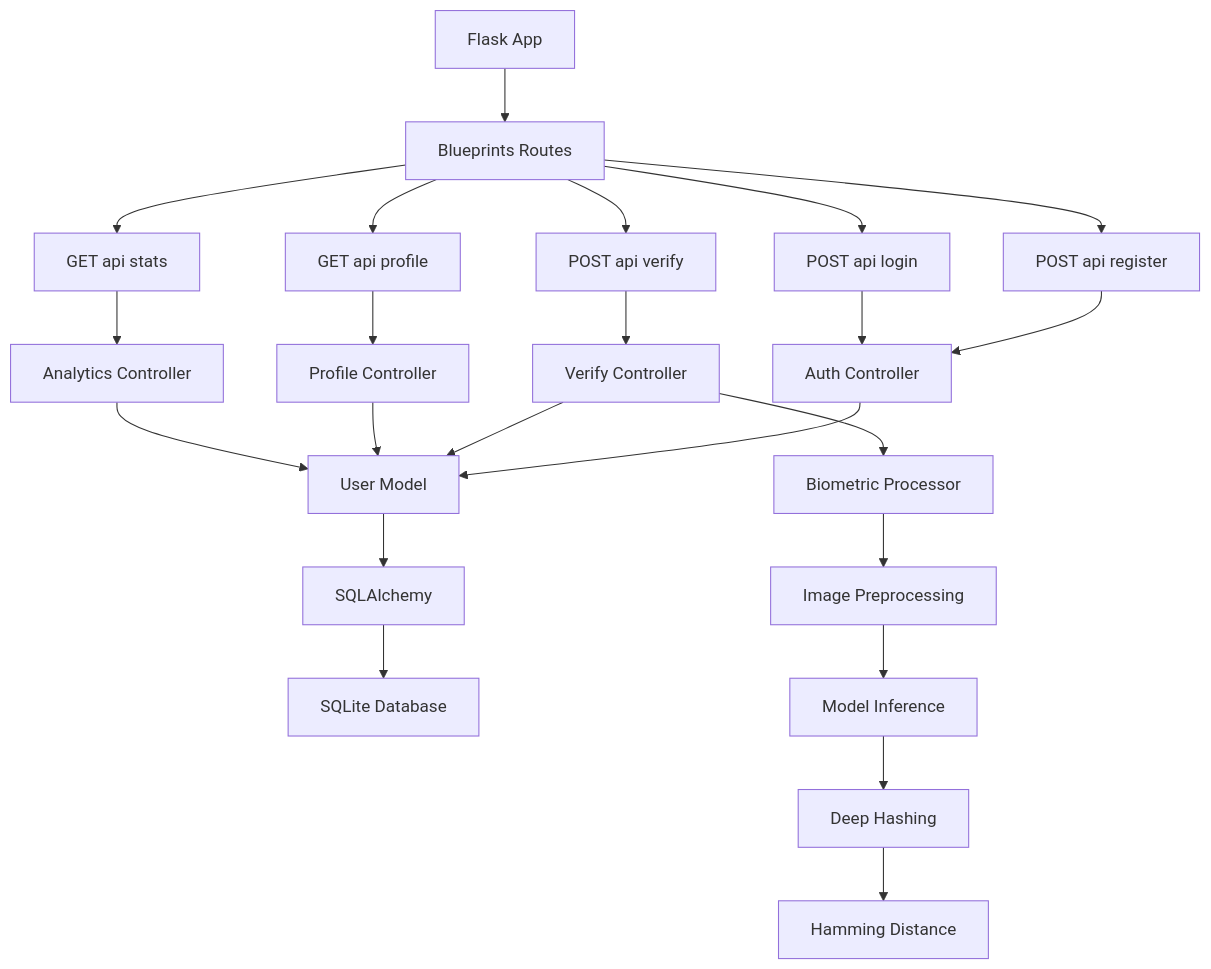
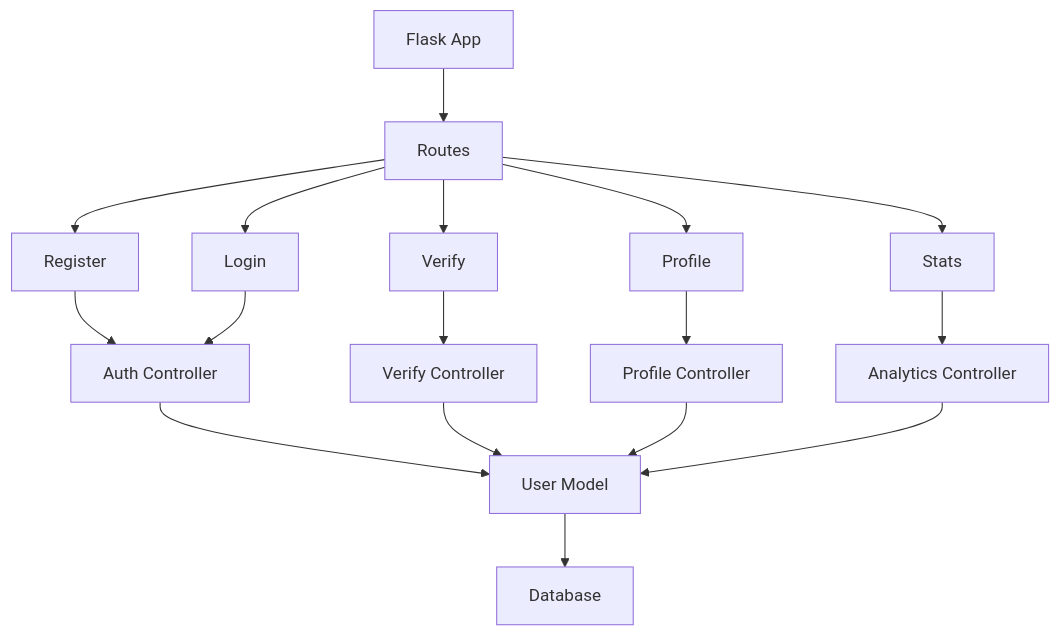
One commit to BTech20/biometric-auth-system changed the third of 14 diagrams in ARCHITECTURE.md. Above: the diagram before and after it, drawn with Mermaid. The commit also changed other lines of this file, not shown here.

First line of the commit message:
Simplify all Mermaid diagrams to basic GitHub-compatible syntax

````diff
--- a/ARCHITECTURE.md
+++ b/ARCHITECTURE.md
@@ -119,29 +86,19 @@
 ```mermaid
-graph TB
-    A[Flask App] --> B[Blueprints Routes]
-    B --> C[POST api register]
-    B --> D[POST api login]
-    B --> E[POST api verify]
-    B --> F[GET api profile]
-    B --> G[GET api stats]
-    
+flowchart TB
+    A[Flask App] --> B[Routes]
+    B --> C[Register]
+    B --> D[Login]
+    B --> E[Verify]
+    B --> F[Profile]
+    B --> G[Stats]
     C --> H[Auth Controller]
     D --> H
     E --> I[Verify Controller]
     F --> J[Profile Controller]
     G --> K[Analytics Controller]
-    
     H --> L[User Model]
     I --> L
     J --> L
     K --> L
-    
-    L --> M[SQLAlchemy]
-    M --> N[SQLite Database]
-    
-    I --> O[Biometric Processor]
-    O --> P[Image Preprocessing]
-    P --> Q[Model Inference]
-    Q --> R[Deep Hashing]
-    R --> S[Hamming Distance]
+    L --> M[Database]
 ```
````
